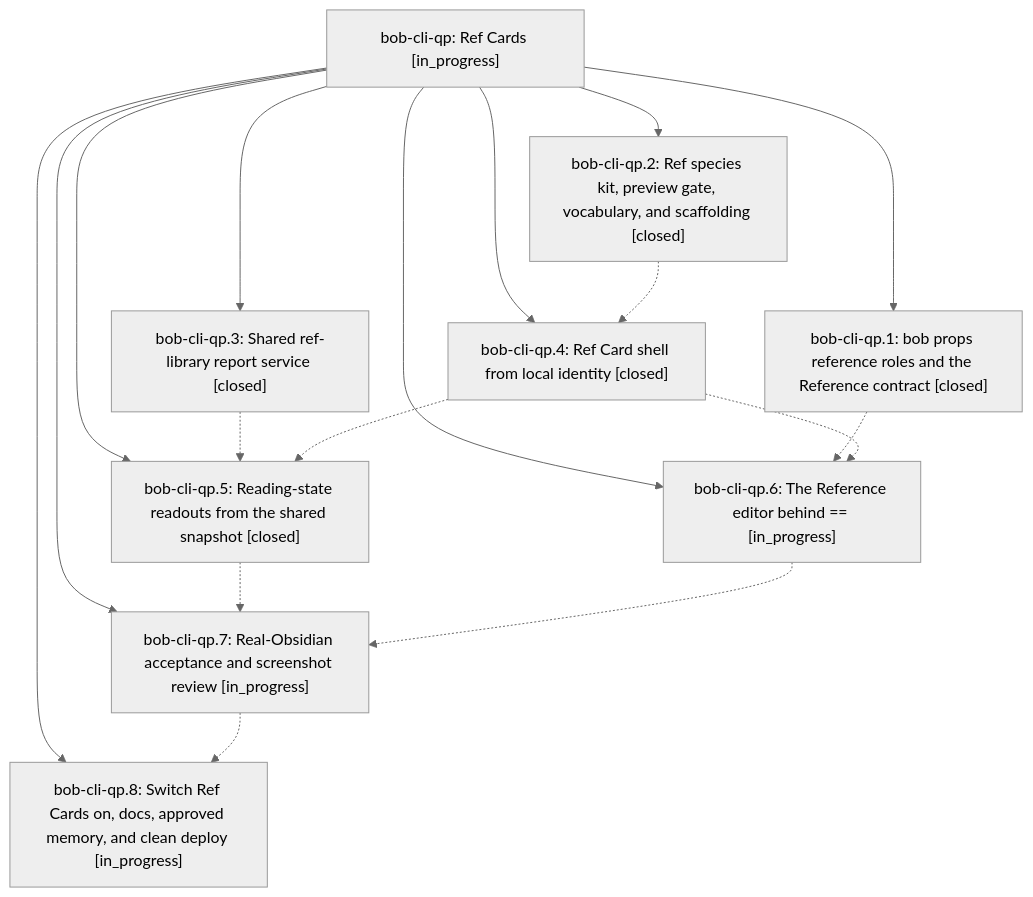
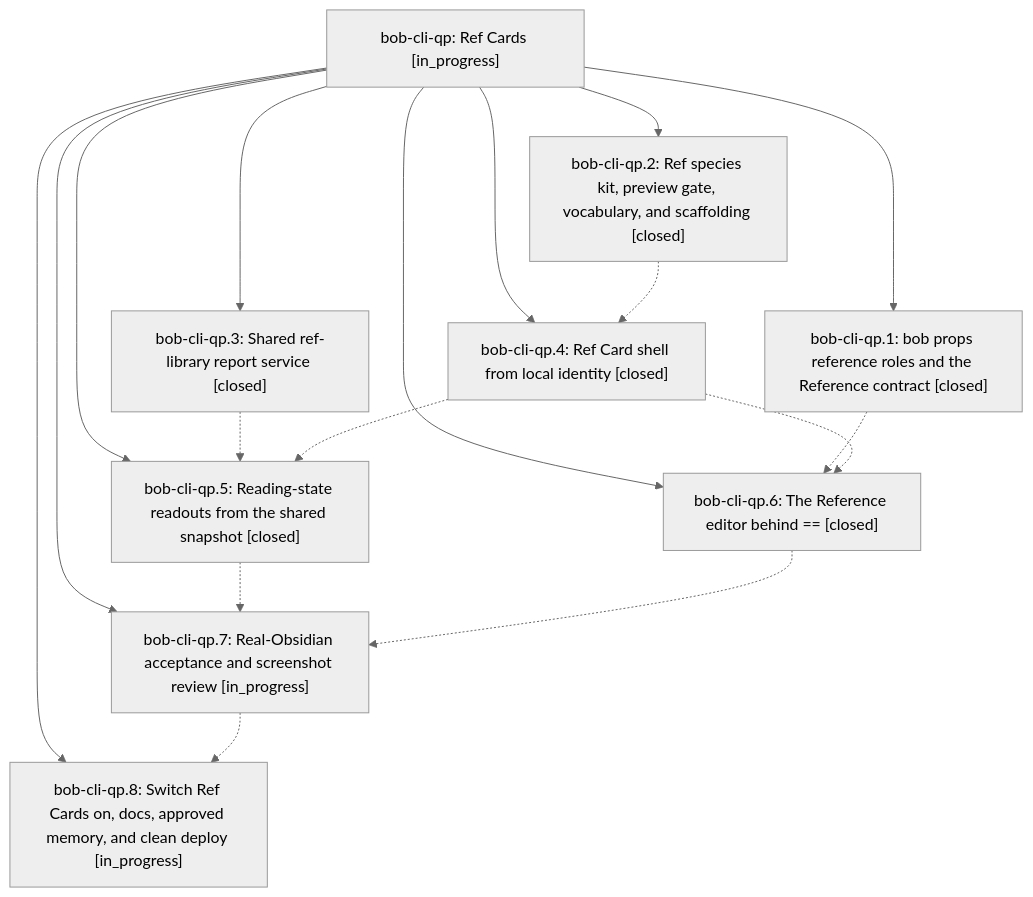
Before and after one commit to bobs-org/bob-cli--beads: the diagram in pages/bob-cli-qp/README.md, drawn with Mermaid (neutral theme). The commit also changed other lines of this file and 7 other files, not shown here.

First line of the commit message:
chore(beads): sync bead state and pages for bob-cli-qp

````diff
--- a/pages/bob-cli-qp/README.md
+++ b/pages/bob-cli-qp/README.md
@@ -43,28 +43,28 @@
 ```mermaid
 flowchart TD
     n0["bob-cli-qp: Ref Cards [in_progress]"]
     n1["bob-cli-qp.1: bob props reference roles and the Reference contract [closed]"]
     n2["bob-cli-qp.2: Ref species kit, preview gate, vocabulary, and scaffolding [closed]"]
     n3["bob-cli-qp.3: Shared ref-library report service [closed]"]
     n4["bob-cli-qp.4: Ref Card shell from local identity [closed]"]
     n5["bob-cli-qp.5: Reading-state readouts from the shared snapshot [closed]"]
-    n6["bob-cli-qp.6: The Reference editor behind == [in_progress]"]
+    n6["bob-cli-qp.6: The Reference editor behind == [closed]"]
     n7["bob-cli-qp.7: Real-Obsidian acceptance and screenshot review [in_progress]"]
     n8["bob-cli-qp.8: Switch Ref Cards on, docs, approved memory, and clean deploy [in_progress]"]
     n0 --> n1
     n0 --> n2
     n0 --> n3
     n0 --> n4
     n0 --> n5
     n0 --> n6
     n0 --> n7
     n0 --> n8
     n1 -.-> n6
     n2 -.-> n4
     n3 -.-> n5
     n4 -.-> n5
     n4 -.-> n6
     n5 -.-> n7
     n6 -.-> n7
     n7 -.-> n8
 ```
````
